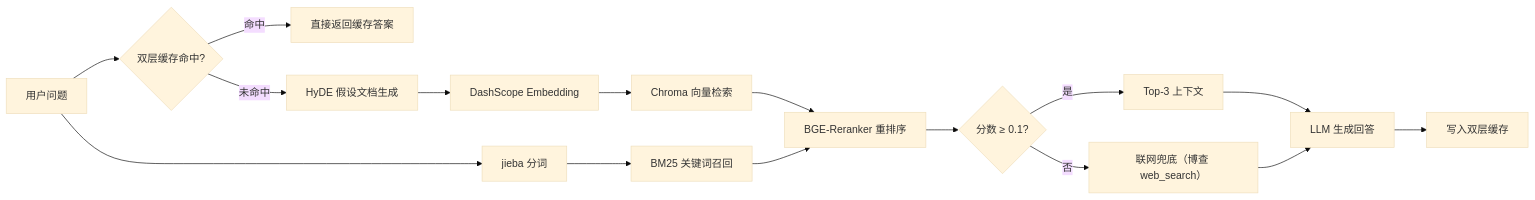
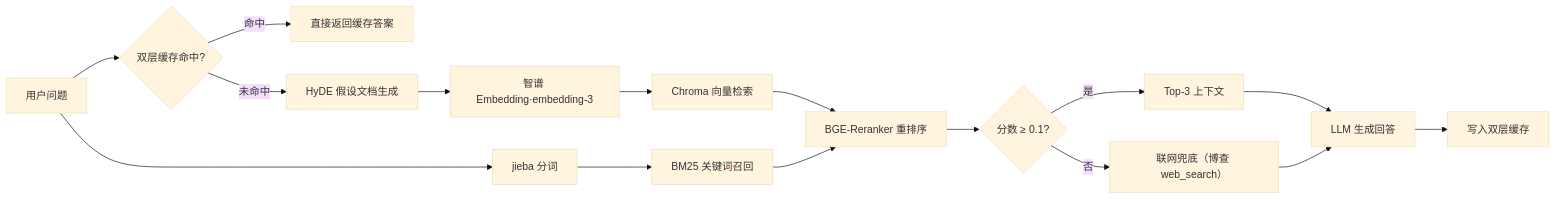
One commit to orange-orunji/devSage changed the first of 2 diagrams in README.md. Above: the diagram before and after it, drawn with Mermaid (base theme). The commit also changed other lines of this file and 12 other files, not shown here.

````diff
--- a/README.md
+++ b/README.md
@@ -81,18 +81,18 @@
 ```mermaid
 graph LR
     Q[用户问题] --> Cache{双层缓存命中?}
     Cache -->|命中| A[直接返回缓存答案]
     Cache -->|未命中| HyDE[HyDE 假设文档生成]
-    HyDE --> Emb[DashScope Embedding]
+    HyDE --> Emb[智谱 Embedding·embedding-3]
     Emb --> Vec[Chroma 向量检索]
     Q --> Jieba[jieba 分词]
     Jieba --> BM25[BM25 关键词召回]
     Vec --> Rerank[BGE-Reranker 重排序]
     BM25 --> Rerank
     Rerank --> ScoreCheck{分数 ≥ 0.1?}
     ScoreCheck -->|是| Top3[Top-3 上下文]
     ScoreCheck -->|否| Web[联网兜底（博查 web_search）]
     Top3 --> LLM[LLM 生成回答]
     Web --> LLM
     LLM --> Store[写入双层缓存]
 ```
````
